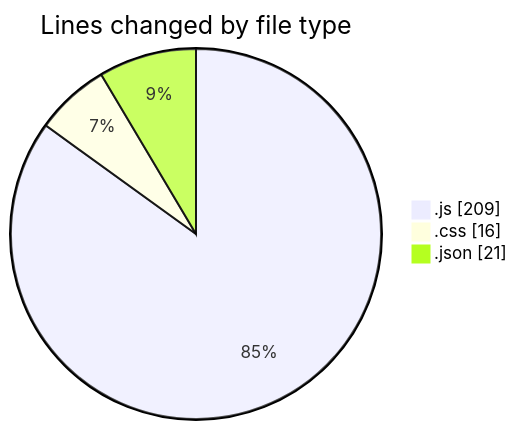
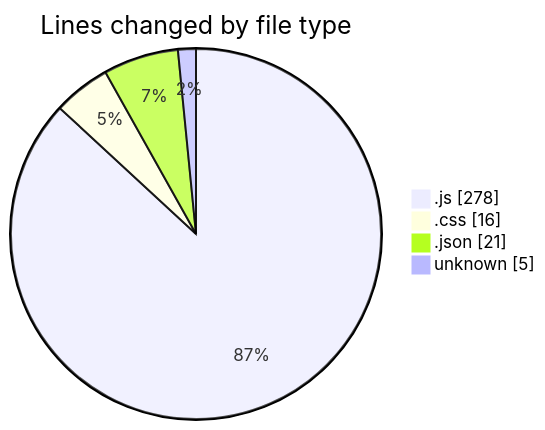
One commit to lephambinh05/code-tracking changed the first of 2 diagrams in 2025-09-17/quytuthien_vn/README.md. Above: the diagram before and after it, drawn with Mermaid. The commit also changed other lines of this file and 1 other file, not shown here.

````diff
--- a/2025-09-17/quytuthien_vn/README.md
+++ b/2025-09-17/quytuthien_vn/README.md
@@ -25,7 +28,8 @@
 ```mermaid
 pie showData
 title Lines changed by file type
-".js" : 209
+".js" : 278
 ".css" : 16
 ".json" : 21
+"unknown" : 5
 ```
````
